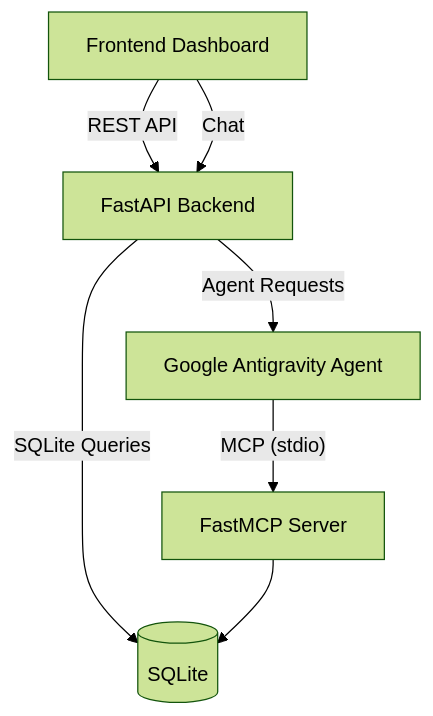
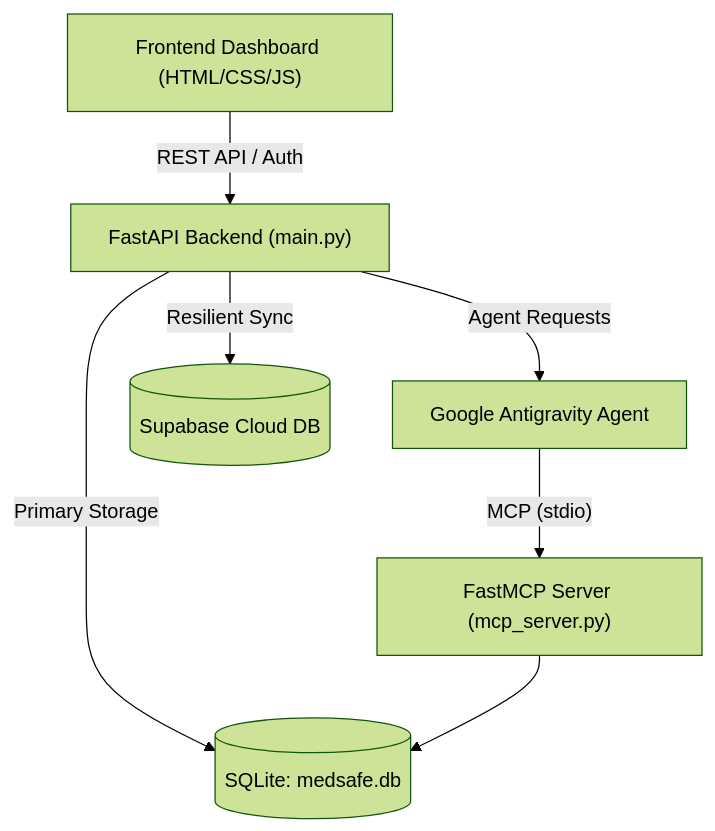
Before and after one commit to GODSON008/MEDSAFE-AI: the diagram in README.md, drawn with Mermaid (forest theme). The commit also changed other lines of this file and 9 other files, not shown here.

Commit message:
Update README, resilient Supabase fallback, Vercel config, and schema setup

````diff
--- a/README.md
+++ b/README.md
@@ -163,17 +124,17 @@
 ```mermaid
 graph TD
 
-UI["Frontend Dashboard"]
+UI["Frontend Dashboard (HTML/CSS/JS)"]
 
-UI -->|"REST API"| FastAPI["FastAPI Backend"]
-
-UI -->|"Chat"| FastAPI
+UI -->|"REST API / Auth"| FastAPI["FastAPI Backend (main.py)"]
 
 FastAPI -->|"Agent Requests"| Agent["Google Antigravity Agent"]
 
-FastAPI -->|"SQLite Queries"| DB[(SQLite)]
+FastAPI -->|"Primary Storage"| DB[(SQLite: medsafe.db)]
 
-Agent -->|"MCP (stdio)"| MCP["FastMCP Server"]
+FastAPI -->|"Resilient Sync"| Supabase[(Supabase Cloud DB)]
+
+Agent -->|"MCP (stdio)"| MCP["FastMCP Server (mcp_server.py)"]
 
 MCP --> DB
 ```
````
